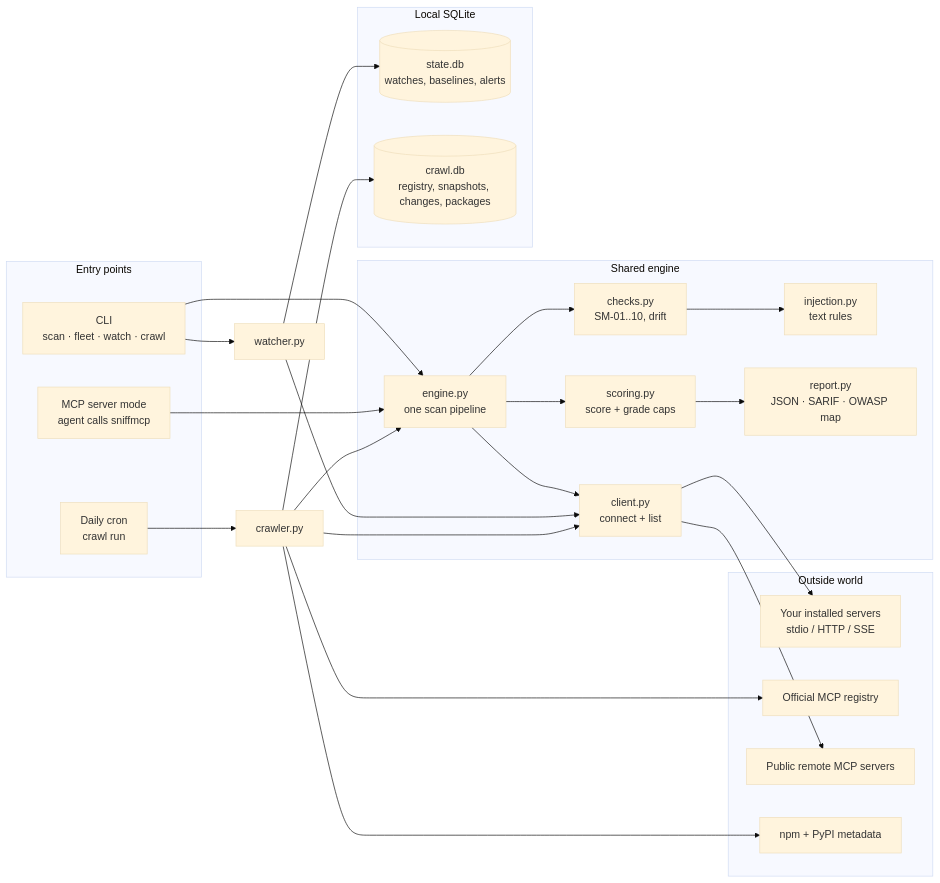
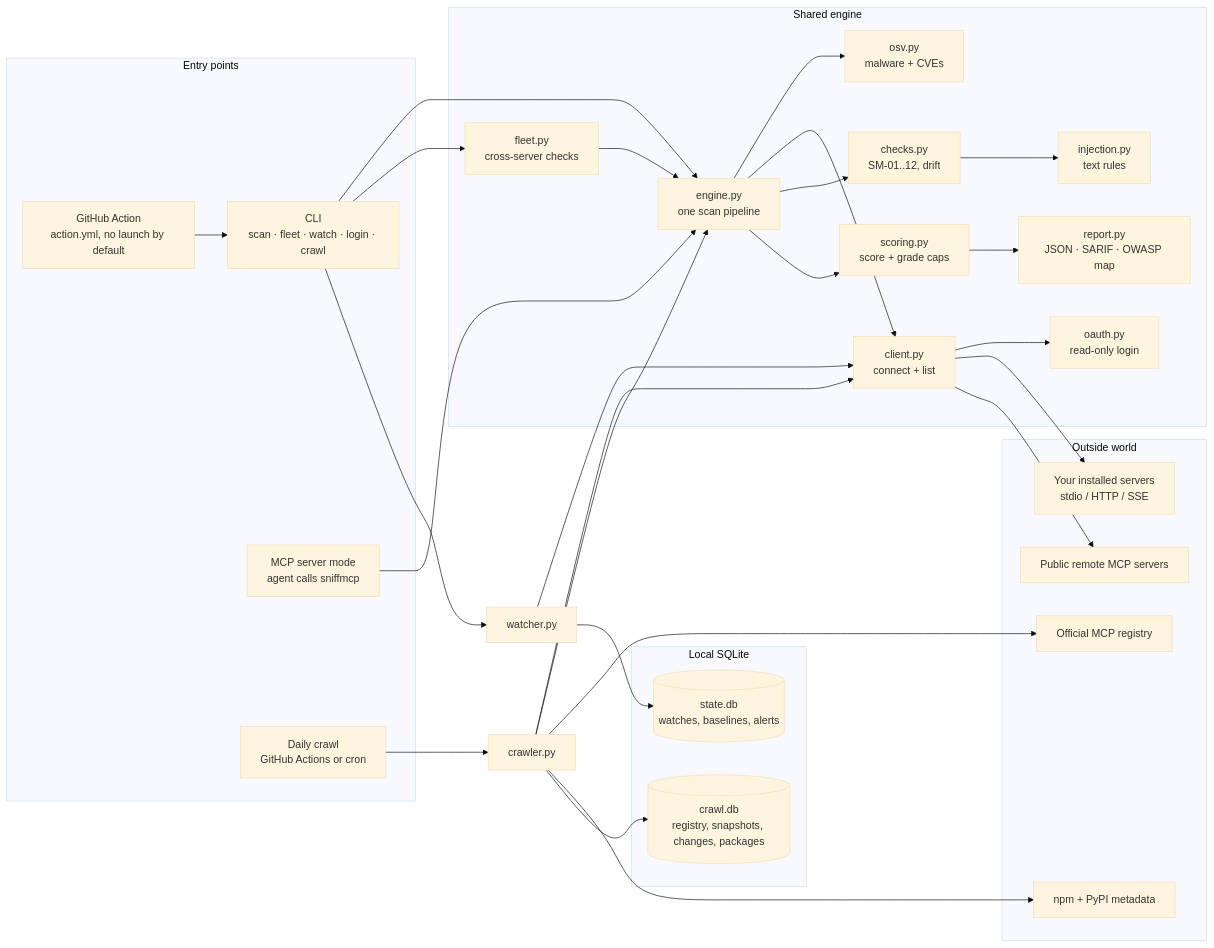
Before and after one commit to SomehowLiving/sniffmcp: the first of 8 diagrams in ARCHITECTURE.md, drawn with Mermaid (base theme). The commit also changed other lines of this file and 9 other files, not shown here.

Commit message:
Docs: product docs in docs/ (getting started, detection reference, watching, GitHub Action, OAuth, crawler method); refresh ARCHITECTURE and README

````diff
--- a/ARCHITECTURE.md
+++ b/ARCHITECTURE.md
@@ -9,43 +9,51 @@
 ```mermaid
 flowchart LR
     subgraph Entry["Entry points"]
-        CLI["CLI<br/>scan · fleet · watch · crawl"]
+        CLI["CLI<br/>scan · fleet · watch · login · crawl"]
+        ACT["GitHub Action<br/>action.yml, no launch by default"]
         SRV["MCP server mode<br/>agent calls sniffmcp"]
-        CRON["Daily cron<br/>crawl run"]
+        CRON["Daily crawl<br/>GitHub Actions or cron"]
     end
 
     subgraph Core["Shared engine"]
         CLIENT["client.py<br/>connect + list"]
+        OAUTH["oauth.py<br/>read-only login"]
+        OSV["osv.py<br/>malware + CVEs"]
+        FLEET["fleet.py<br/>cross-server checks"]
         ENGINE["engine.py<br/>one scan pipeline"]
-        CHECKS["checks.py<br/>SM-01..10, drift"]
+        CHECKS["checks.py<br/>SM-01..12, drift"]
         INJ["injection.py<br/>text rules"]
         SCORE["scoring.py<br/>score + grade caps"]
         REPORT["report.py<br/>JSON · SARIF · OWASP map"]
     end
 
     subgraph Stores["Local SQLite"]
         STATE[("state.db<br/>watches, baselines, alerts")]
         CRAWL[("crawl.db<br/>registry, snapshots, changes, packages")]
     end
 
     subgraph Outside["Outside world"]
         LOCAL["Your installed servers<br/>stdio / HTTP / SSE"]
         REG["Official MCP registry"]
         PUB["Public remote MCP servers"]
         NPM["npm + PyPI metadata"]
     end
 
     CLI --> ENGINE
+    ACT --> CLI
     SRV --> ENGINE
+    CLI --> FLEET --> ENGINE
+    ENGINE --> OSV
+    CLIENT --> OAUTH
     CRON --> CRAWLER["crawler.py"]
     ENGINE --> CLIENT --> LOCAL
     ENGINE --> CHECKS --> INJ
     ENGINE --> SCORE --> REPORT
     CLI --> WATCH["watcher.py"] --> STATE
     WATCH --> CLIENT
     CRAWLER --> REG
     CRAWLER --> CLIENT --> PUB
     CRAWLER --> NPM
     CRAWLER --> ENGINE
     CRAWLER --> CRAWL
 ```
````
